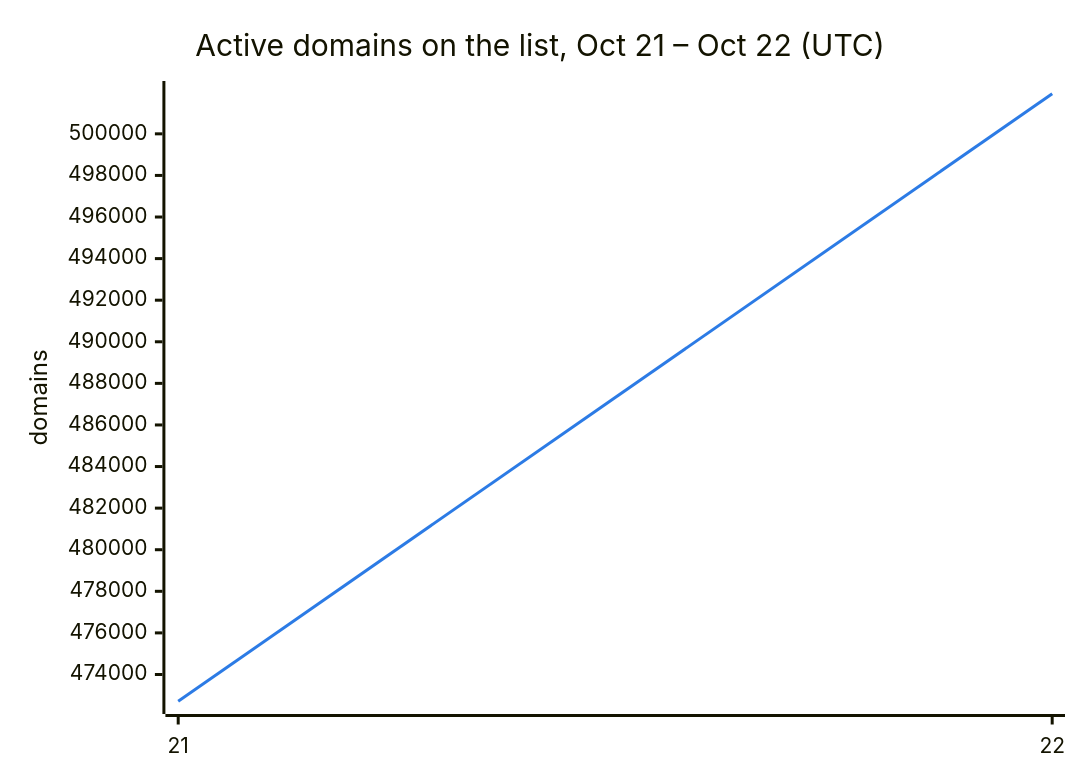
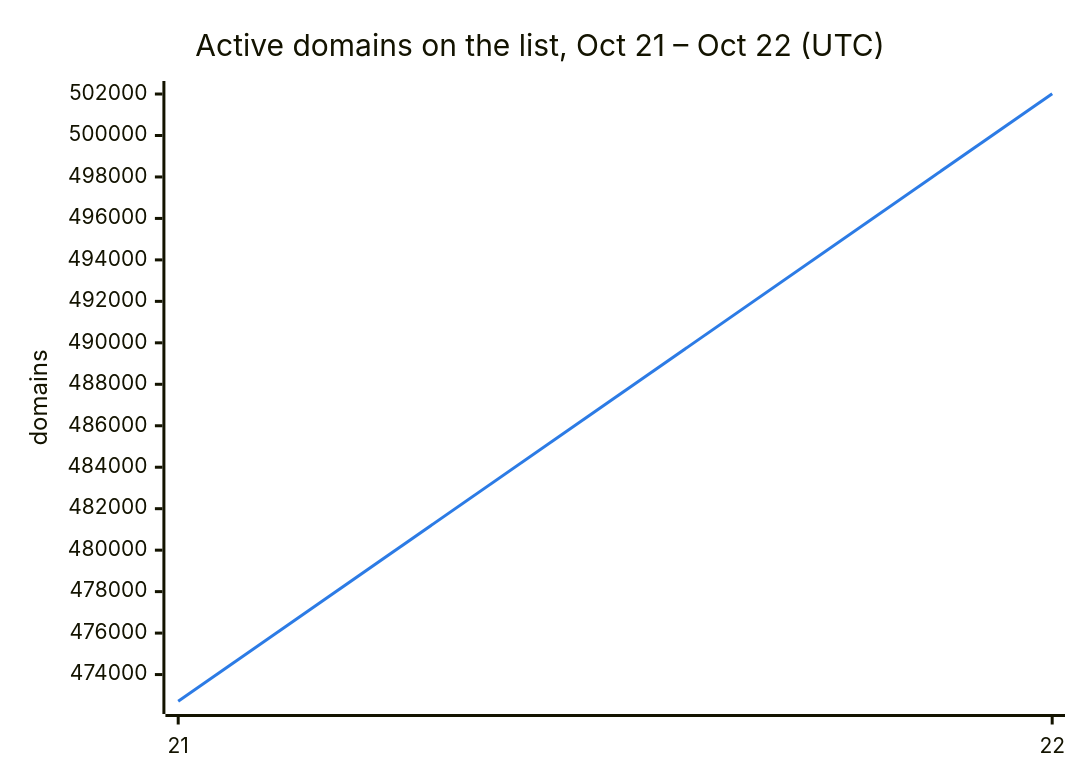
The second of 3 diagrams in README.md (DNSBunker/CTI), drawn with Mermaid before and after one commit. The commit also changed other lines of this file and 3 other files, not shown here.

````diff
--- a/README.md
+++ b/README.md
@@ -38,8 +38,8 @@
 ```mermaid
 %%{init: {"themeVariables": {"xyChart": {"plotColorPalette": "#2c7be5"}}}}%%
 xychart-beta
     title "Active domains on the list, Oct 21 – Oct 22 (UTC)"
     x-axis ["21", "22"]
     y-axis "domains"
-    line [472713, 501928]
+    line [472713, 502013]
 ```
````
